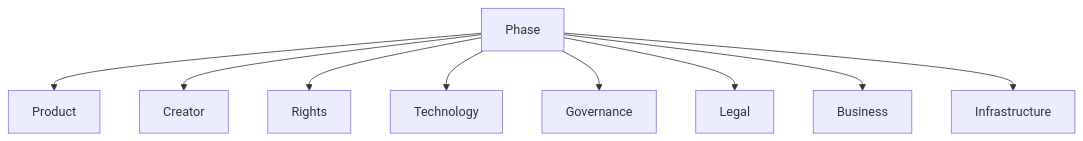
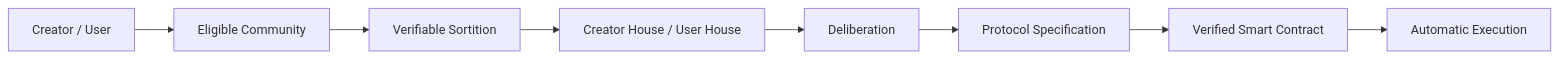
Before and after one commit to ShigeichiroYamasaki/creator-first-platform: the second of 46 diagrams in docs/whitepaper/13-roadmap.md, drawn with Mermaid. The commit also changed other lines of this file, not shown here.

````diff
--- a/docs/whitepaper/13-roadmap.md
+++ b/docs/whitepaper/13-roadmap.md
@@ -58,13 +42,13 @@
 ```mermaid
-flowchart TD
-    PHASE[Phase]
+flowchart LR
+    COMMUNITY[Creator / User]
+    ELIGIBLE[Eligible Community]
+    SORT[Verifiable Sortition]
+    HOUSES[Creator House / User House]
+    DELIB[Deliberation]
+    SPEC[Protocol Specification]
+    CODE[Verified Smart Contract]
+    EXEC[Automatic Execution]
 
-    PHASE --> PRODUCT[Product]
-    PHASE --> CREATOR[Creator]
-    PHASE --> RIGHTS[Rights]
-    PHASE --> TECH[Technology]
-    PHASE --> GOV[Governance]
-    PHASE --> LEGAL[Legal]
-    PHASE --> BUSINESS[Business]
-    PHASE --> INFRA[Infrastructure]
+    COMMUNITY --> ELIGIBLE --> SORT --> HOUSES --> DELIB --> SPEC --> CODE --> EXEC
 ```
````
